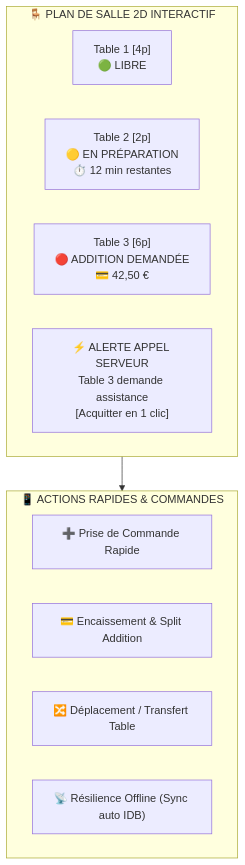
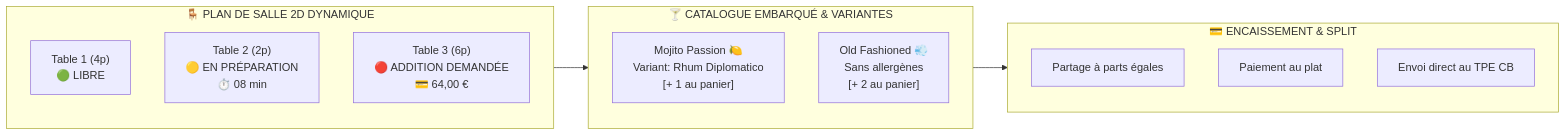
One commit to FunWarry/Open-Bar changed the second of 5 diagrams in README.md. Above: the diagram before and after it, drawn with Mermaid. The commit also changed other lines of this file and 8 other files, not shown here.

````diff
--- a/README.md
+++ b/README.md
@@ -124,20 +167,21 @@
 ```mermaid
-flowchart TD
-    subgraph PlanSalle ["🪑 PLAN DE SALLE 2D INTERACTIF"]
-        direction LR
-        T1["Table 1 [4p]\n🟢 LIBRE"]
-        T2["Table 2 [2p]\n🟡 EN PRÉPARATION\n⏱️ 12 min restantes"]
-        T3["Table 3 [6p]\n🔴 ADDITION DEMANDÉE\n💳 42,50 €"]
-        Appel["⚡ ALERTE APPEL SERVEUR\nTable 3 demande assistance\n[Acquitter en 1 clic]"]
+flowchart LR
+    subgraph Plan ["🪑 PLAN DE SALLE 2D DYNAMIQUE"]
+        T1["Table 1 (4p)\n🟢 LIBRE"]
+        T2["Table 2 (2p)\n🟡 EN PRÉPARATION\n⏱️ 08 min"]
+        T3["Table 3 (6p)\n🔴 ADDITION DEMANDÉE\n💳 64,00 €"]
     end
 
-    subgraph ActionsServeur ["📱 ACTIONS RAPIDES & COMMANDES"]
-        direction LR
-        Act1["➕ Prise de Commande Rapide"]
-        Act2["💳 Encaissement & Split Addition"]
-        Act3["🔀 Déplacement / Transfert Table"]
-        Act4["📡 Résilience Offline (Sync auto IDB)"]
+    subgraph PriseCmd ["🍸 CATALOGUE EMBARQUÉ & VARIANTES"]
+        C1["Mojito Passion 🍋\nVariant: Rhum Diplomatico\n[+ 1 au panier]"]
+        C2["Old Fashioned 💨\nSans allergènes\n[+ 2 au panier]"]
     end
 
-    PlanSalle --> ActionsServeur
+    subgraph Split ["💳 ENCAISSEMENT & SPLIT"]
+        SP1["Partage à parts égales"]
+        SP2["Paiement au plat"]
+        SP3["Envoi direct au TPE CB"]
+    end
+
+    Plan --> PriseCmd --> Split
 ```
````
